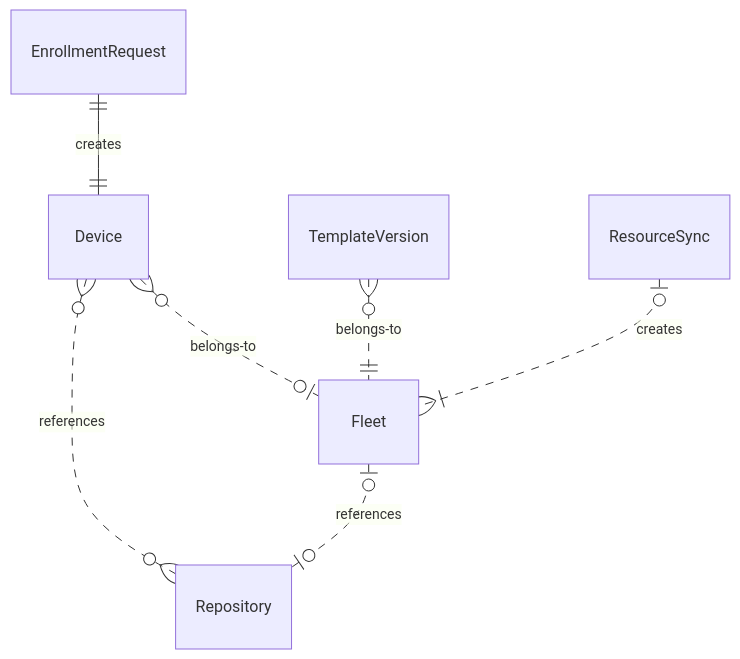
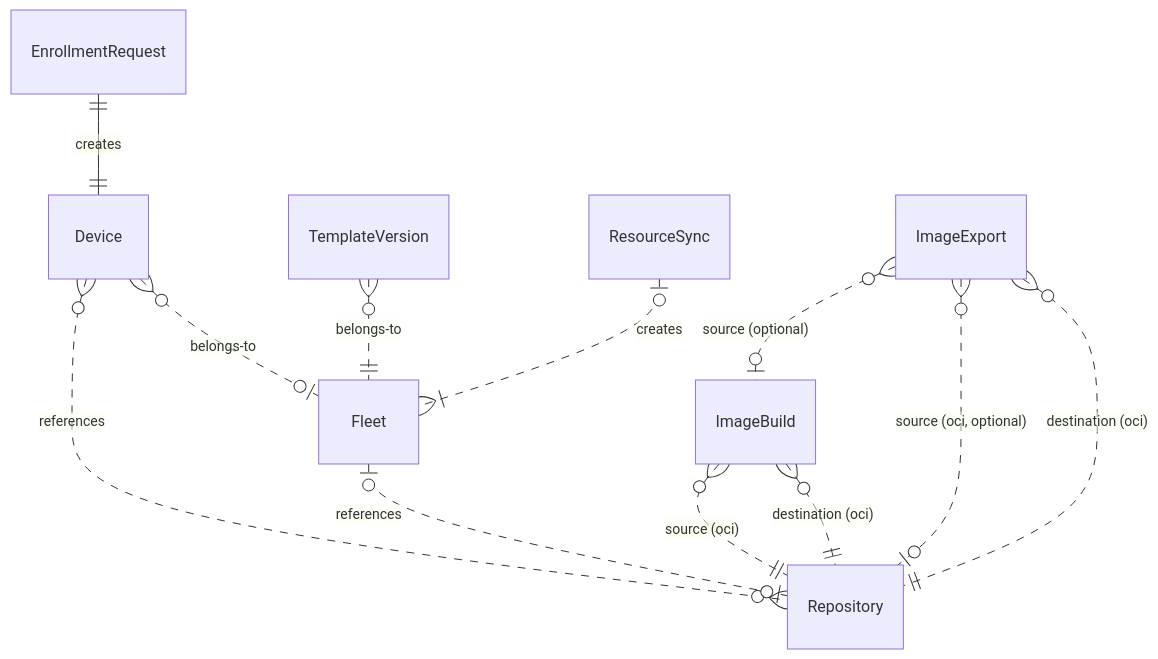
One commit to flightctl/flightctl changed the diagram in docs/user/references/api-resources.md. Above: the diagram before and after it, drawn with Mermaid. The commit also changed other lines of this file and 5 other files, not shown here.

Commit message:
NO-ISSUE: image build docs

````diff
--- a/docs/user/references/api-resources.md
+++ b/docs/user/references/api-resources.md
@@ -79,9 +127,14 @@
 ```mermaid
 erDiagram
     Device}o..o{ Repository : references
     Fleet|o..o| Repository : references
     Device}o..o| Fleet : belongs-to
     EnrollmentRequest ||--|| Device : creates
     TemplateVersion}o..|| Fleet : belongs-to
     ResourceSync|o..|{ Fleet : creates
+    ImageBuild}o..|| Repository : "source (oci)"
+    ImageBuild}o..|| Repository : "destination (oci)"
+    ImageExport}o..o| ImageBuild : "source (optional)"
+    ImageExport}o..o| Repository : "source (oci, optional)"
+    ImageExport}o..|| Repository : "destination (oci)"
 ```
````
